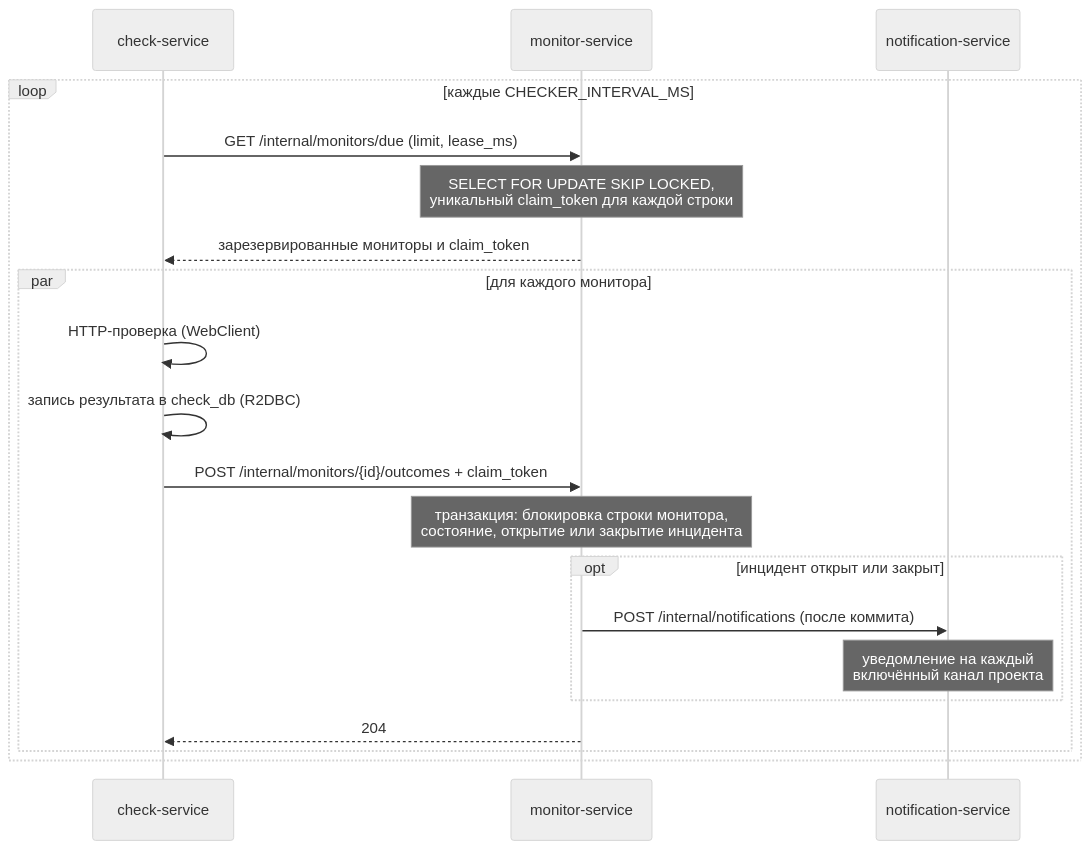
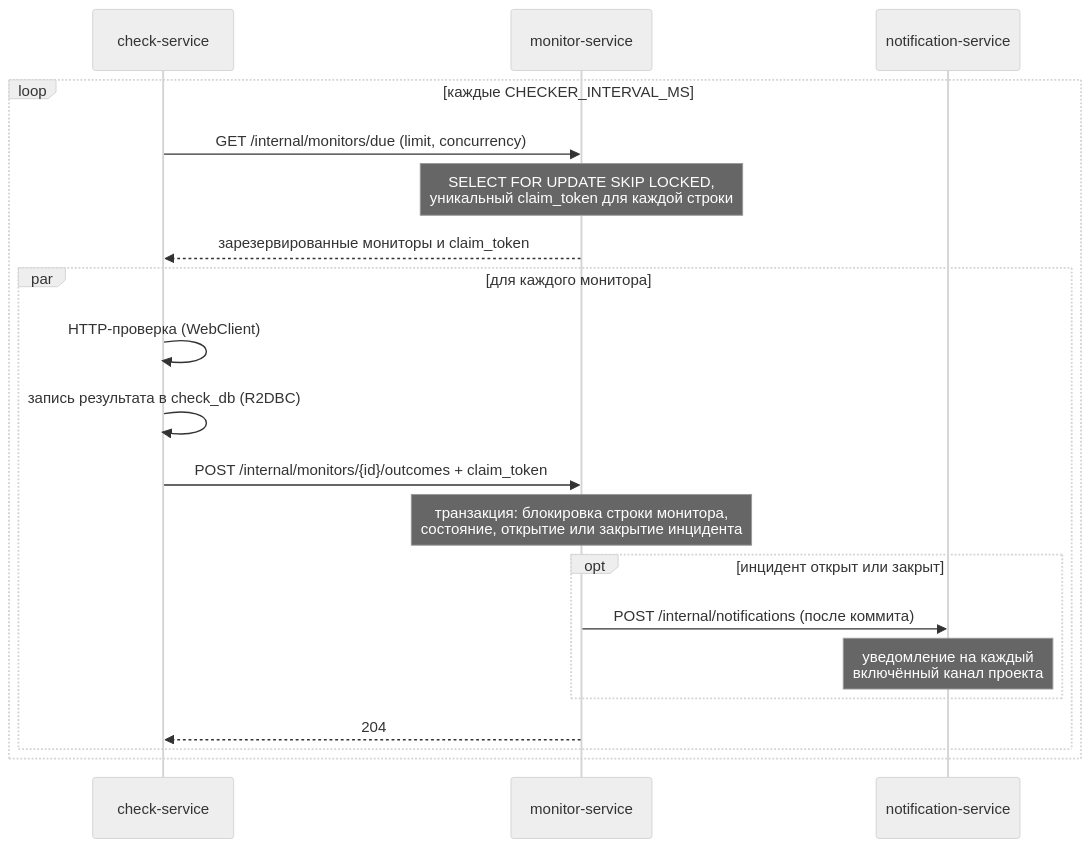
One commit to awesoma31/service-monitoring changed the sixth of 8 diagrams in docs/report-lab2.md. Above: the diagram before and after it, drawn with Mermaid (neutral theme). The commit also changed other lines of this file and 15 other files, not shown here.

````diff
--- a/docs/report-lab2.md
+++ b/docs/report-lab2.md
@@ -344,23 +344,23 @@
 ```mermaid
 sequenceDiagram
     participant C as check-service
     participant M as monitor-service
     participant N as notification-service
 
     loop каждые CHECKER_INTERVAL_MS
-        C->>M: GET /internal/monitors/due (limit, lease_ms)
+        C->>M: GET /internal/monitors/due (limit, concurrency)
         Note over M: SELECT FOR UPDATE SKIP LOCKED,<br/>уникальный claim_token для каждой строки
         M-->>C: зарезервированные мониторы и claim_token
         par для каждого монитора
             C->>C: HTTP-проверка (WebClient)
             C->>C: запись результата в check_db (R2DBC)
             C->>M: POST /internal/monitors/{id}/outcomes + claim_token
             Note over M: транзакция: блокировка строки монитора,<br/>состояние, открытие или закрытие инцидента
             opt инцидент открыт или закрыт
                 M->>N: POST /internal/notifications (после коммита)
                 Note over N: уведомление на каждый<br/>включённый канал проекта
             end
             M-->>C: 204
         end
     end
 ```
````
